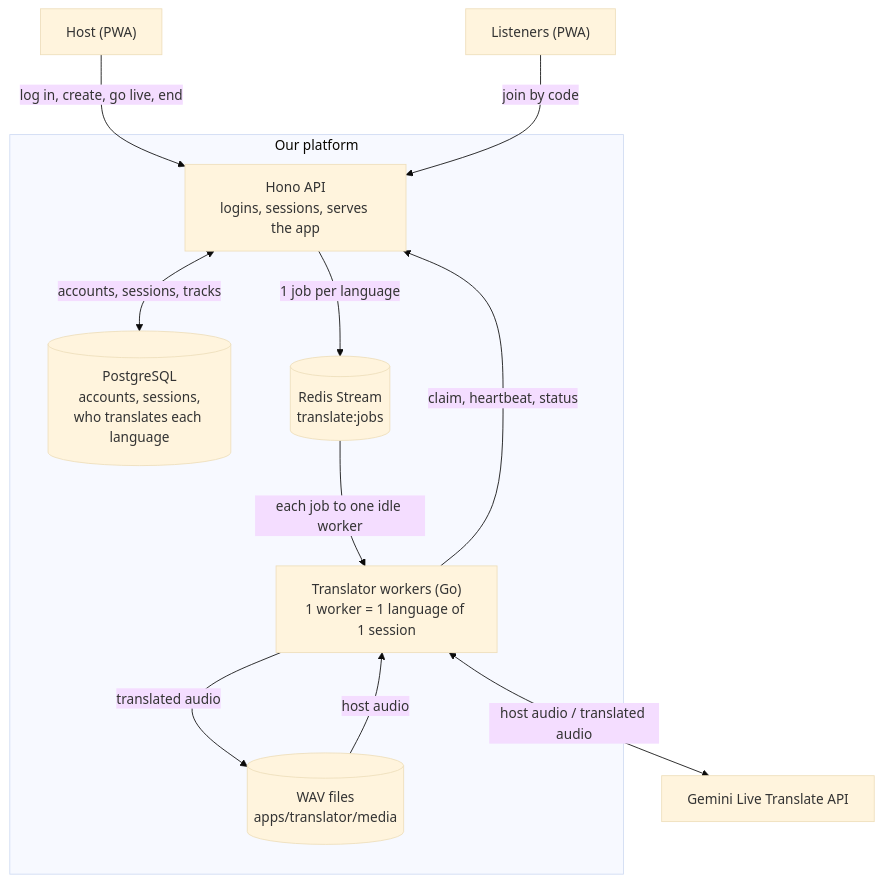
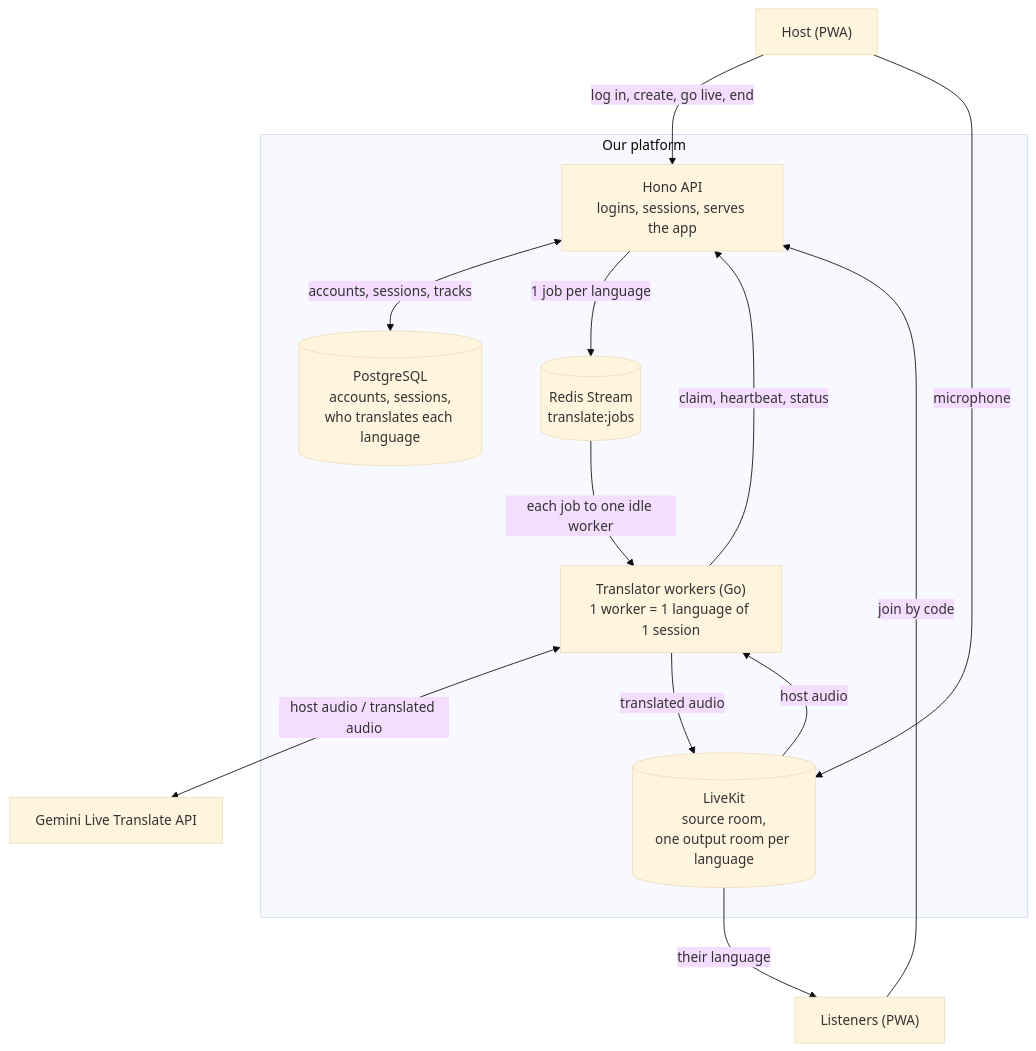
One commit to WH1TE-SHAD0W/ai-dubbing-studio changed the first of 5 diagrams in docs/architecture.md. Above: the diagram before and after it, drawn with Mermaid (base theme). The commit also changed other lines of this file and 6 other files, not shown here.

First line of the commit message:
docs: running and testing the workers goes through LiveKit (YGP-70)

````diff
--- a/docs/architecture.md
+++ b/docs/architecture.md
@@ -34,26 +34,28 @@
 ```mermaid
 %%{init: {"flowchart": {"nodeSpacing": 70, "rankSpacing": 70}}}%%
 flowchart TB
   Host["Host (PWA)"]
   Listener["Listeners (PWA)"]
 
   subgraph Platform["Our platform"]
     API["Hono API<br/>logins, sessions, serves the app"]
     DB[("PostgreSQL<br/>accounts, sessions,<br/>who translates each language")]
     Q[("Redis Stream<br/>translate:jobs")]
     W["Translator workers (Go)<br/>1 worker = 1 language of 1 session"]
-    Files[("WAV files<br/>apps/translator/media")]
+    LK[("LiveKit<br/>source room,<br/>one output room per language")]
   end
 
   Gemini["Gemini Live Translate API"]
 
   Host -- "log in, create, go live, end" --> API
   Listener -- "join by code" --> API
   API <-- "accounts, sessions, tracks" --> DB
   API -- "1 job per language" --> Q
   Q -- "each job to one idle worker" --> W
   W -- "claim, heartbeat, status" --> API
   W <-- "host audio / translated audio" --> Gemini
-  Files -- "host audio" --> W
-  W -- "translated audio" --> Files
+  Host -- "microphone" --> LK
+  LK -- "host audio" --> W
+  W -- "translated audio" --> LK
+  LK -- "their language" --> Listener
 ```
````
